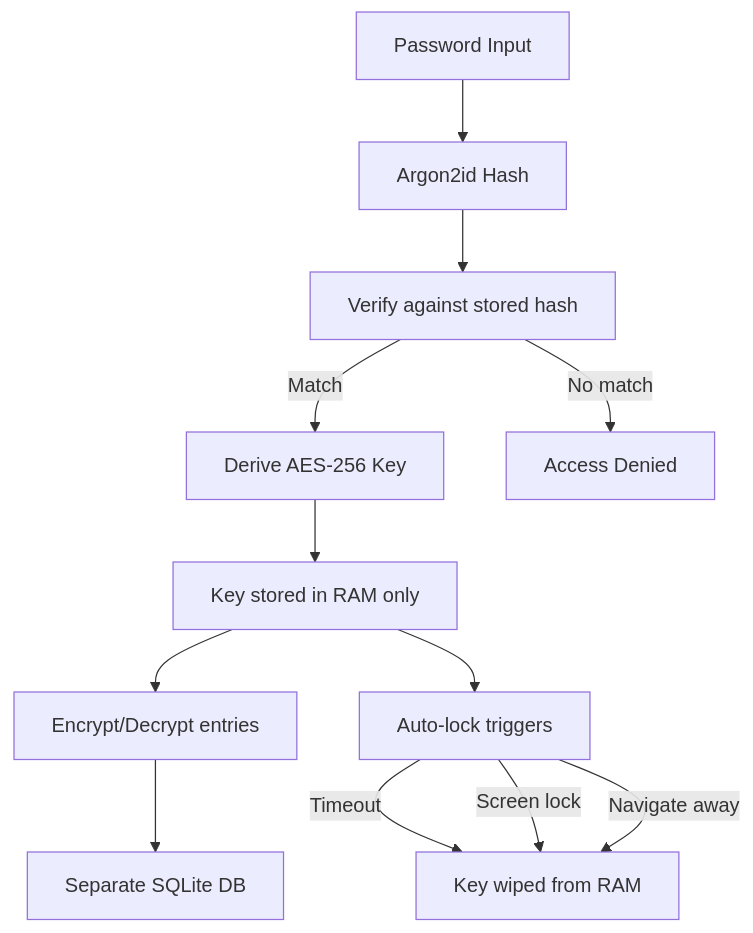
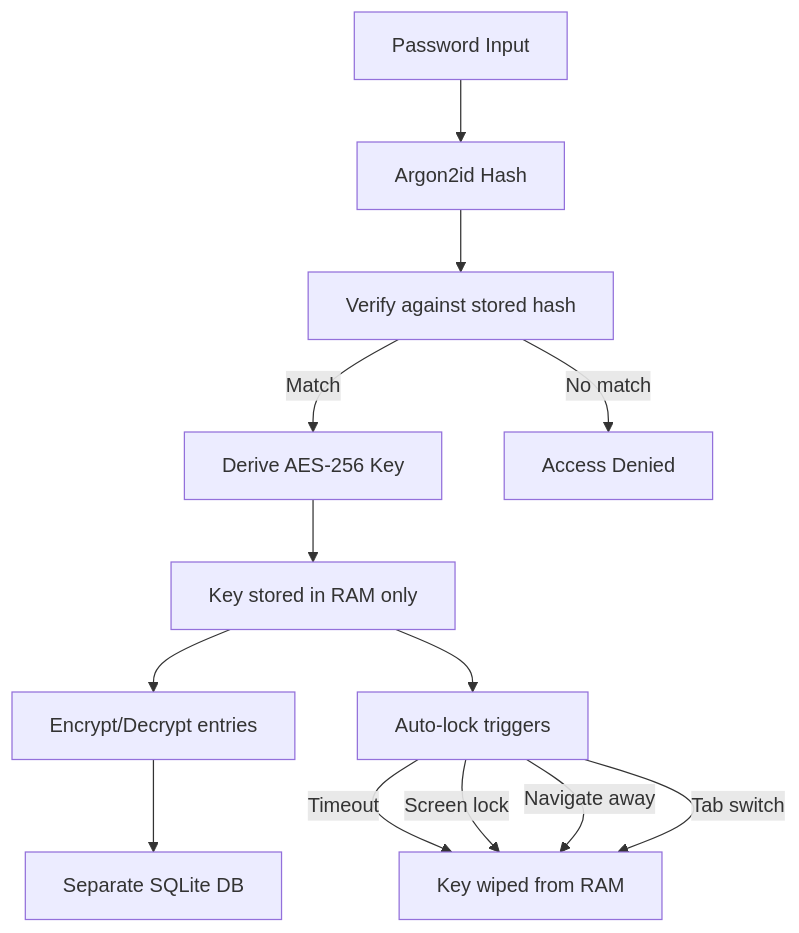
One commit to NoahRolli/studyAI changed the second of 2 diagrams in README.md. Above: the diagram before and after it, drawn with Mermaid. The commit also changed other lines of this file, not shown here.

````diff
--- a/README.md
+++ b/README.md
@@ -199,14 +203,15 @@
 ```mermaid
 graph TD
     A[Password Input] --> B[Argon2id Hash]
     B --> C[Verify against stored hash]
     C -->|Match| D[Derive AES-256 Key]
     C -->|No match| E[Access Denied]
     D --> F[Key stored in RAM only]
     F --> G[Encrypt/Decrypt entries]
     G --> H[Separate SQLite DB]
     F --> I[Auto-lock triggers]
     I -->|Timeout| J[Key wiped from RAM]
     I -->|Screen lock| J
     I -->|Navigate away| J
+    I -->|Tab switch| J
 ```
````
